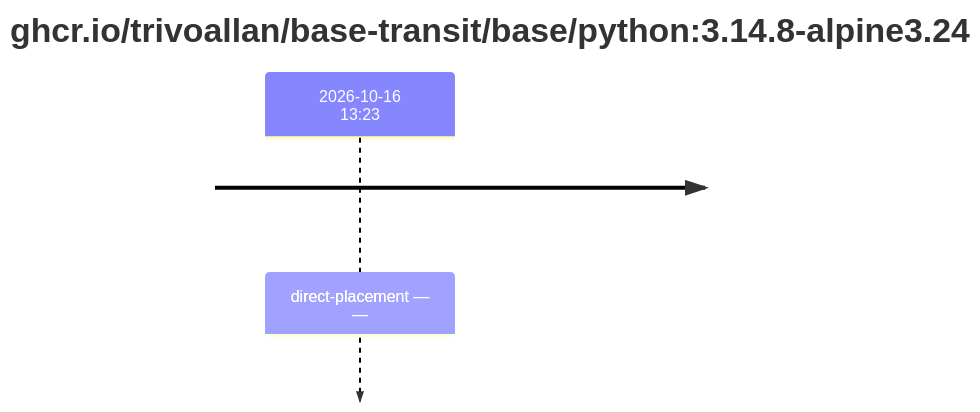
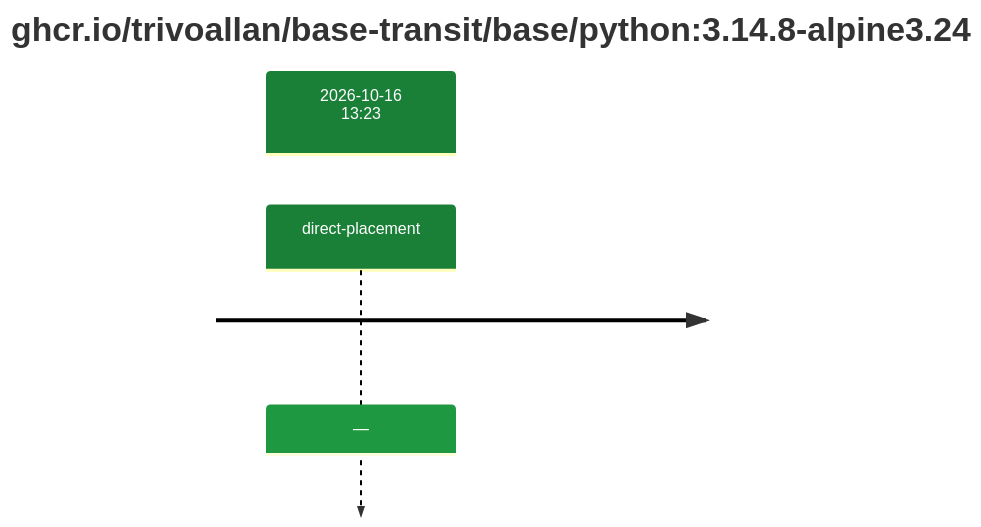
Before and after one commit to trivoallan/base-images: the second of 2 diagrams in results/reports/base-python-3/sha256:34840e128644c59505f7844378e596571e10583eea5c9378a31f33f42102a01b.md, drawn with Mermaid. The commit also changed other lines of this file and 12 other files, not shown here.

````diff
--- a/results/reports/base-python-3/sha256:34840e128644c59505f7844378e596571e10583eea5c9378a31f33f42102a01b.md
+++ b/results/reports/base-python-3/sha256:34840e128644c59505f7844378e596571e10583eea5c9378a31f33f42102a01b.md
@@ -61,5 +21,7 @@
 ```mermaid
+%%{init: {"theme": "default", "themeVariables": {"cScale0": "#1a7f37", "cScaleLabel0": "#ffffff"}}}%%
 timeline
     title ghcr.io/trivoallan/base-transit/base/python#58;3.14.8-alpine3.24
-    2026-10-16 13#58;23 : direct-placement — —
+    section 2026-10-16 13#58;23
+        direct-placement : —
 ```
````
